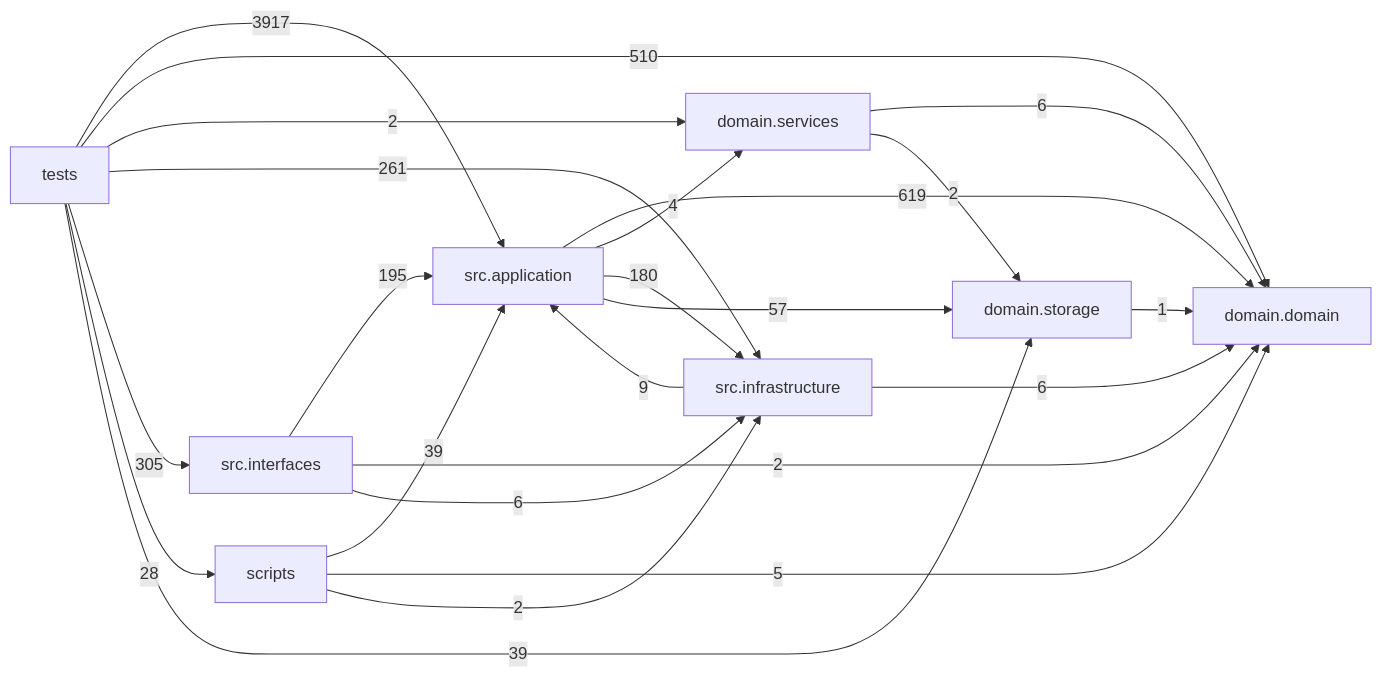
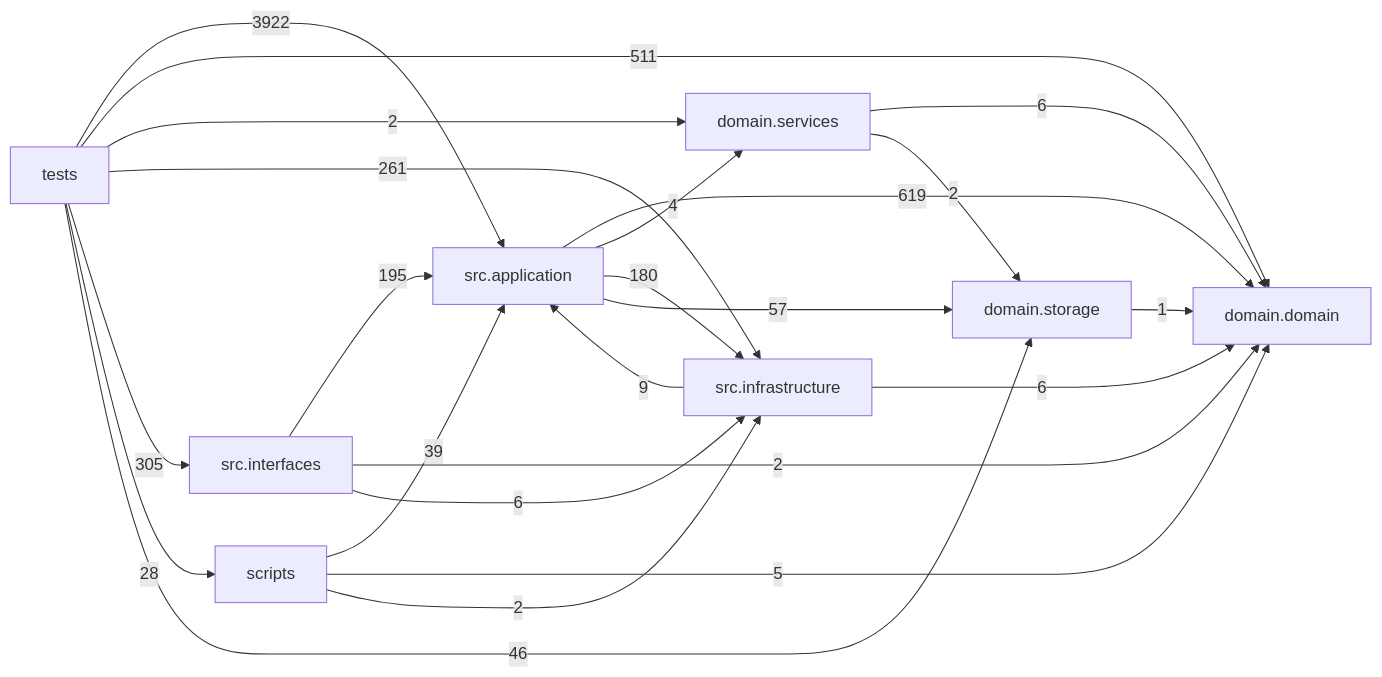
The diagram in docs/DEPENDENCY_GRAPH.md (liuxie066/options-monitor), drawn with Mermaid before and after one commit. The commit also changed other lines of this file and 9 other files, not shown here.

````diff
--- a/docs/DEPENDENCY_GRAPH.md
+++ b/docs/DEPENDENCY_GRAPH.md
@@ -24,33 +24,33 @@
 ```mermaid
 flowchart LR
   tests["tests"]
   scripts["scripts"]
   interfaces["src.interfaces"]
   application["src.application"]
   infrastructure["src.infrastructure"]
   domain_services["domain.services"]
   domain["domain.domain"]
   storage["domain.storage"]
   application -->|619| domain
   application -->|4| domain_services
   application -->|180| infrastructure
   application -->|57| storage
   domain_services -->|6| domain
   domain_services -->|2| storage
   infrastructure -->|9| application
   infrastructure -->|6| domain
   interfaces -->|195| application
   interfaces -->|2| domain
   interfaces -->|6| infrastructure
   scripts -->|39| application
   scripts -->|5| domain
   scripts -->|2| infrastructure
   storage -->|1| domain
-  tests -->|3917| application
-  tests -->|510| domain
+  tests -->|3922| application
+  tests -->|511| domain
   tests -->|2| domain_services
   tests -->|261| infrastructure
   tests -->|305| interfaces
   tests -->|28| scripts
-  tests -->|39| storage
+  tests -->|46| storage
 ```
````
